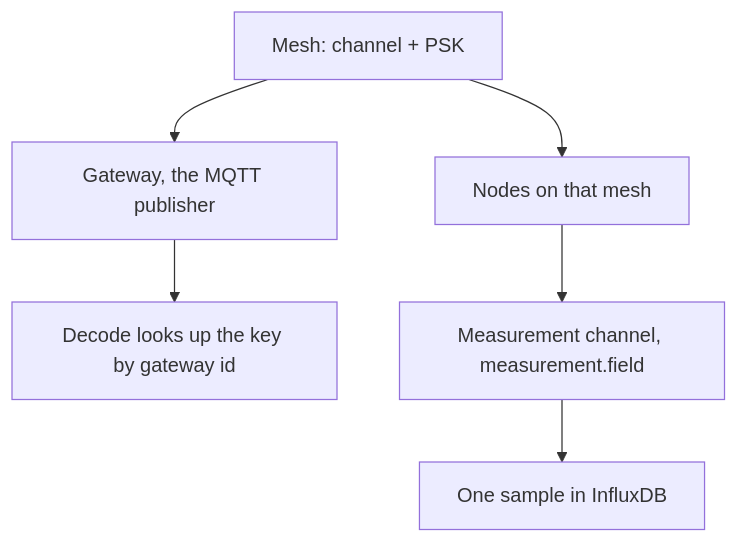
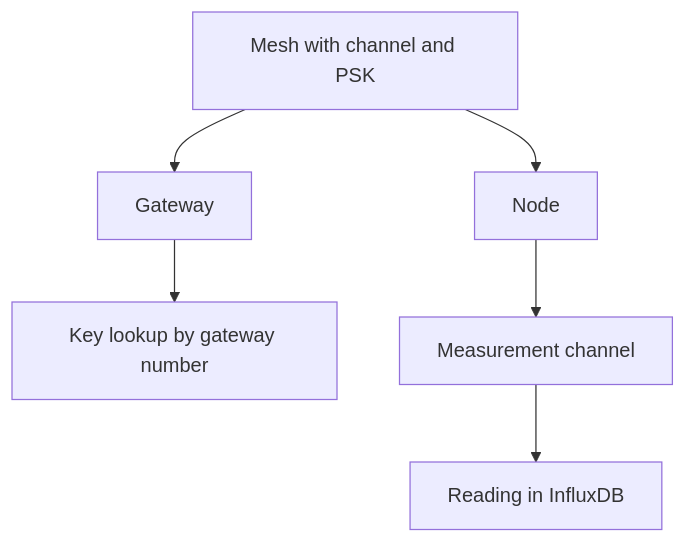
One commit to sensical-coop/mesh-things-apps changed the diagram in apps/web/content/docs/en/concepts.mdx. Above: the diagram before and after it, drawn with Mermaid. The commit also changed other lines of this file and 27 other files, not shown here.

````diff
--- a/apps/web/content/docs/en/concepts.mdx
+++ b/apps/web/content/docs/en/concepts.mdx
@@ -10,8 +10,8 @@
 ```mermaid
 flowchart TD
-  mesh["Mesh: channel + PSK"] --> gw["Gateway, the MQTT publisher"]
-  mesh --> node["Nodes on that mesh"]
-  gw --> key["Decode looks up the key by gateway id"]
-  node --> channel["Measurement channel, measurement.field"]
-  channel --> reading["One sample in InfluxDB"]
+  mesh["Mesh with channel and PSK"] --> gateway["Gateway"]
+  mesh --> node["Node"]
+  gateway --> key["Key lookup by gateway number"]
+  node --> channel["Measurement channel"]
+  channel --> reading["Reading in InfluxDB"]
 ```
````
